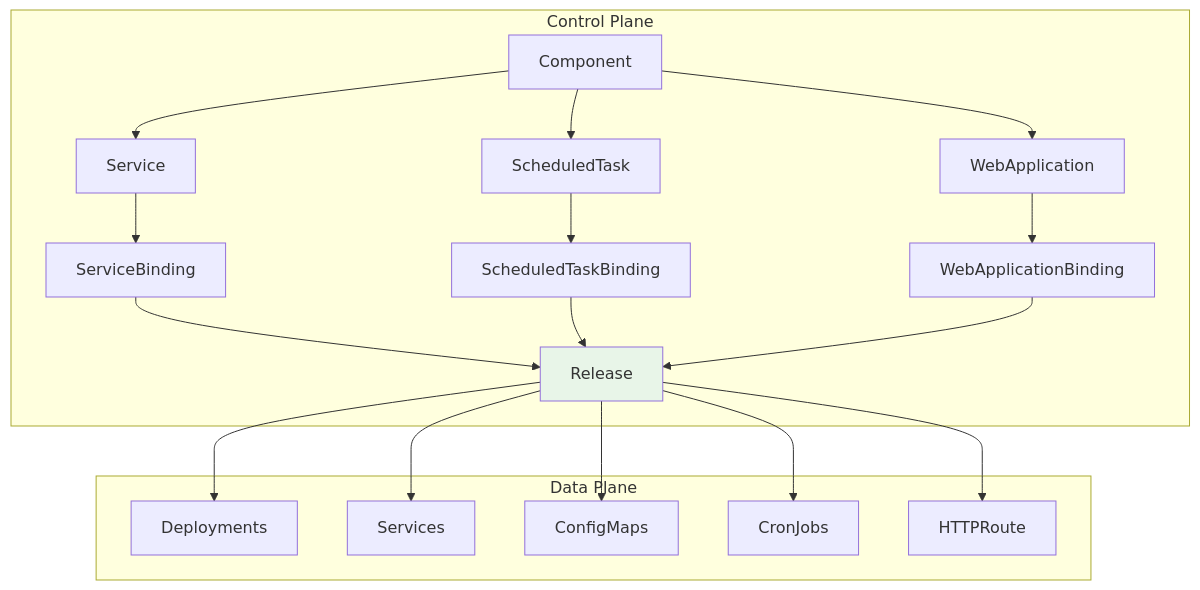
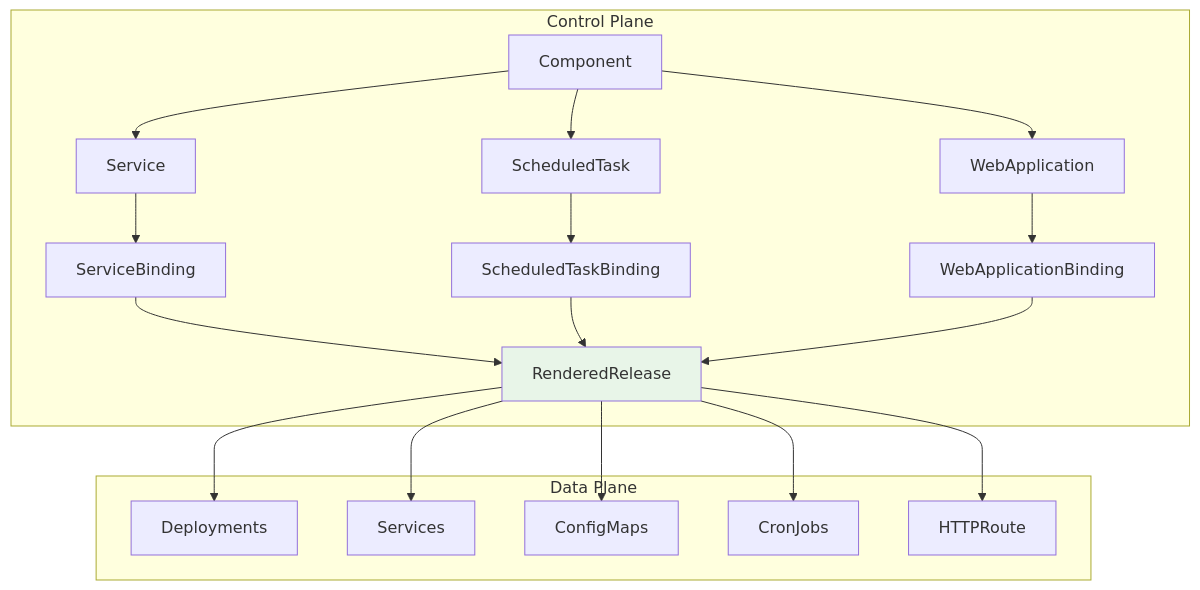
Before and after one commit to openchoreo/openchoreo: the first of 2 diagrams in docs/crds/renderedrelease.md, drawn with Mermaid. The commit also changed other lines of this file and 3 other files, not shown here.

````diff
--- a/docs/crds/renderedrelease.md
+++ b/docs/crds/renderedrelease.md
@@ -13,41 +13,41 @@
 ```mermaid
 graph TD
     A[Component] --> B[Service]
     A --> C[ScheduledTask]
     A --> D[WebApplication]
     
     B --> E[ServiceBinding]
     C --> F[ScheduledTaskBinding]
     D --> G[WebApplicationBinding]
     
-    E --> H[Release]
+    E --> H[RenderedRelease]
     F --> H
     G --> H
     
     subgraph "Control Plane"
         A
         B
         C
         D
         E
         F
         G
         H
     end
     
     subgraph "Data Plane"
         I[Deployments]
         J[Services]
         K[ConfigMaps]
         L[CronJobs]
         M[HTTPRoute]
     end
     
     H --> I
     H --> J
     H --> K
     H --> L
     H --> M
     
     style H fill:#e8f5e8
 ```
````
